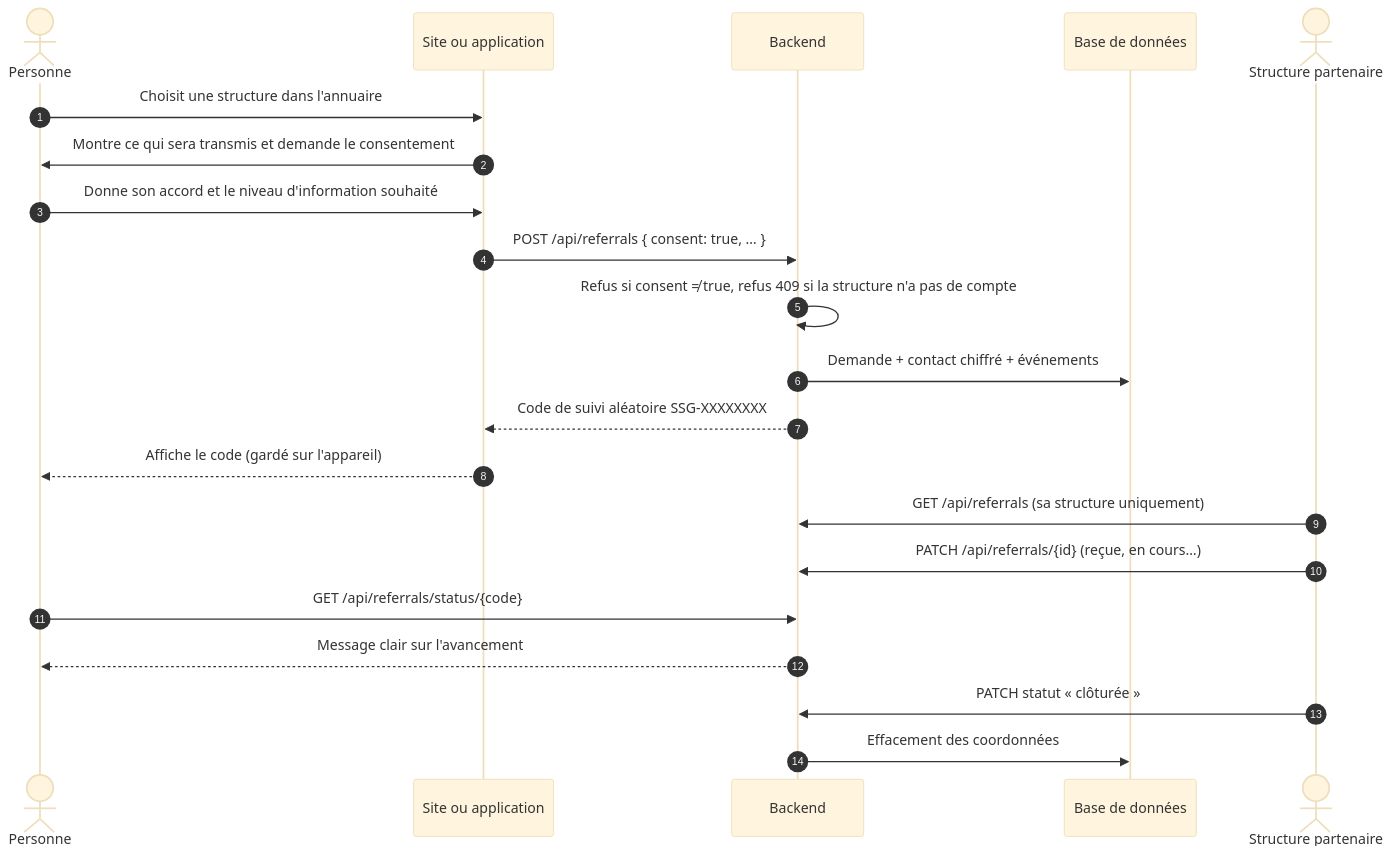
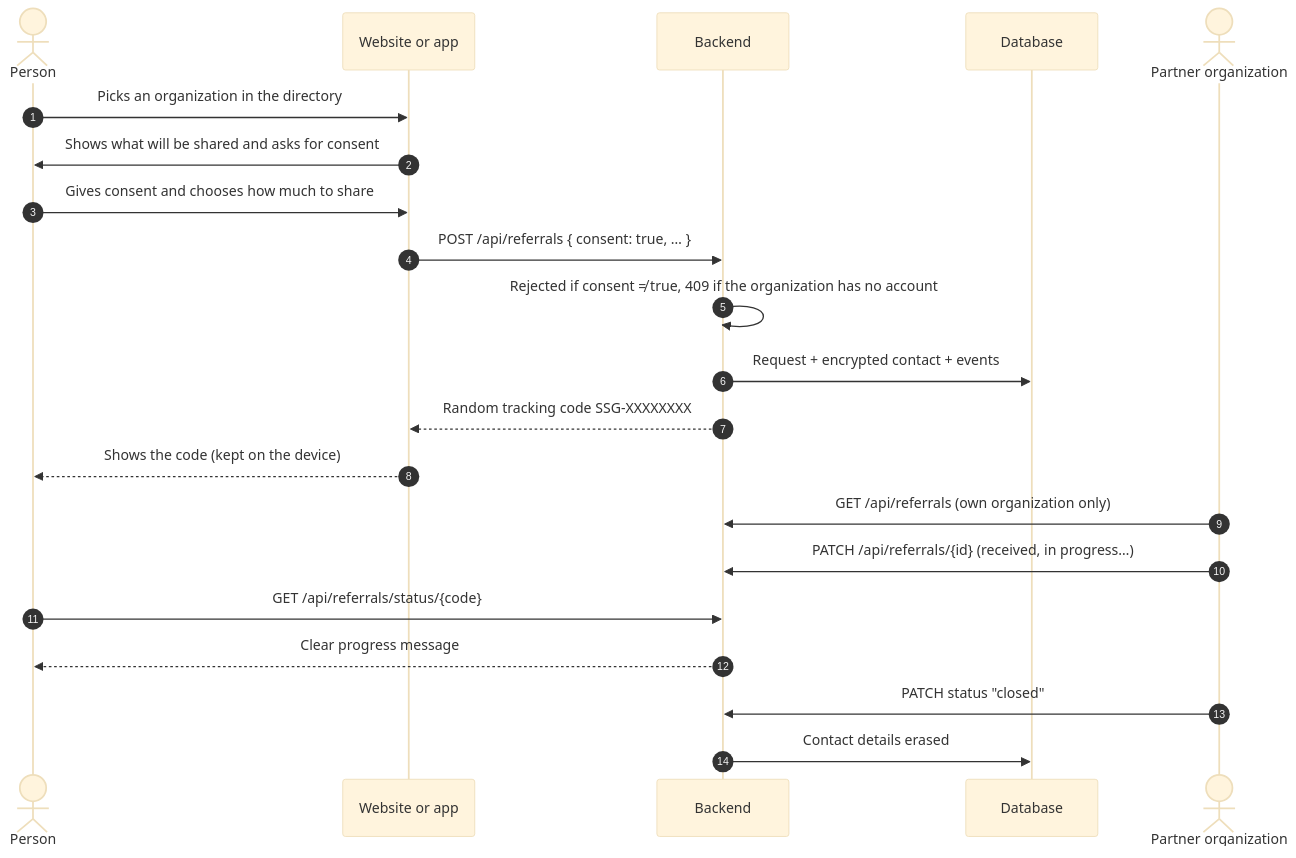
Before and after one commit to Dioumadev221/SUNUSAFEGUARD: the seventh of 17 diagrams in README.md, drawn with Mermaid (base theme). The commit also changed other lines of this file and 1 other file, not shown here.

````diff
--- a/README.md
+++ b/README.md
@@ -323,24 +317,24 @@
 ```mermaid
 sequenceDiagram
     autonumber
-    actor P as Personne
-    participant UI as Site ou application
+    actor P as Person
+    participant UI as Website or app
     participant API as Backend
-    participant DB as Base de données
-    actor S as Structure partenaire
+    participant DB as Database
+    actor S as Partner organization
 
-    P->>UI: Choisit une structure dans l'annuaire
-    UI->>P: Montre ce qui sera transmis et demande le consentement
-    P->>UI: Donne son accord et le niveau d'information souhaité
+    P->>UI: Picks an organization in the directory
+    UI->>P: Shows what will be shared and asks for consent
+    P->>UI: Gives consent and chooses how much to share
     UI->>API: POST /api/referrals { consent: true, … }
-    API->>API: Refus si consent ≠ true, refus 409 si la structure n'a pas de compte
-    API->>DB: Demande + contact chiffré + événements
-    API-->>UI: Code de suivi aléatoire SSG-XXXXXXXX
-    UI-->>P: Affiche le code (gardé sur l'appareil)
-    S->>API: GET /api/referrals (sa structure uniquement)
-    S->>API: PATCH /api/referrals/{id} (reçue, en cours…)
+    API->>API: Rejected if consent ≠ true, 409 if the organization has no account
+    API->>DB: Request + encrypted contact + events
+    API-->>UI: Random tracking code SSG-XXXXXXXX
+    UI-->>P: Shows the code (kept on the device)
+    S->>API: GET /api/referrals (own organization only)
+    S->>API: PATCH /api/referrals/{id} (received, in progress…)
     P->>API: GET /api/referrals/status/{code}
-    API-->>P: Message clair sur l'avancement
-    S->>API: PATCH statut « clôturée »
-    API->>DB: Effacement des coordonnées
+    API-->>P: Clear progress message
+    S->>API: PATCH status "closed"
+    API->>DB: Contact details erased
 ```
````
